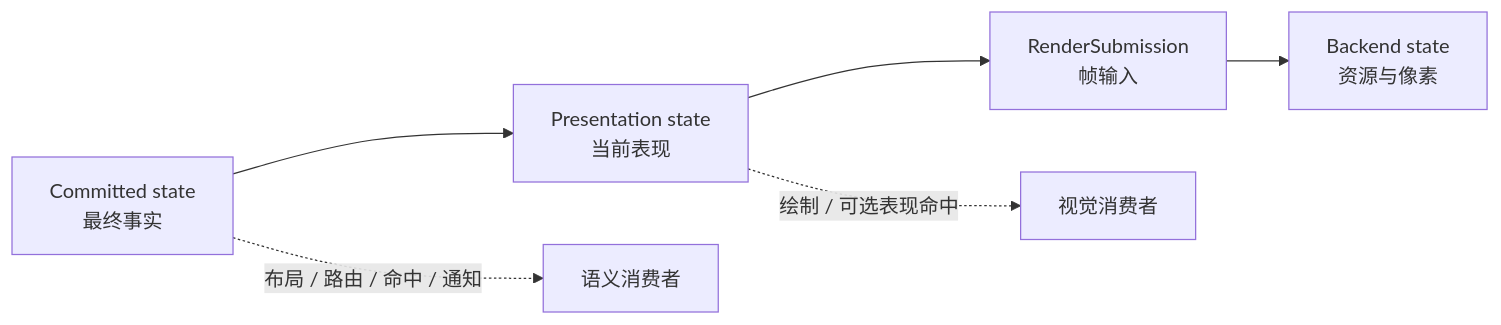
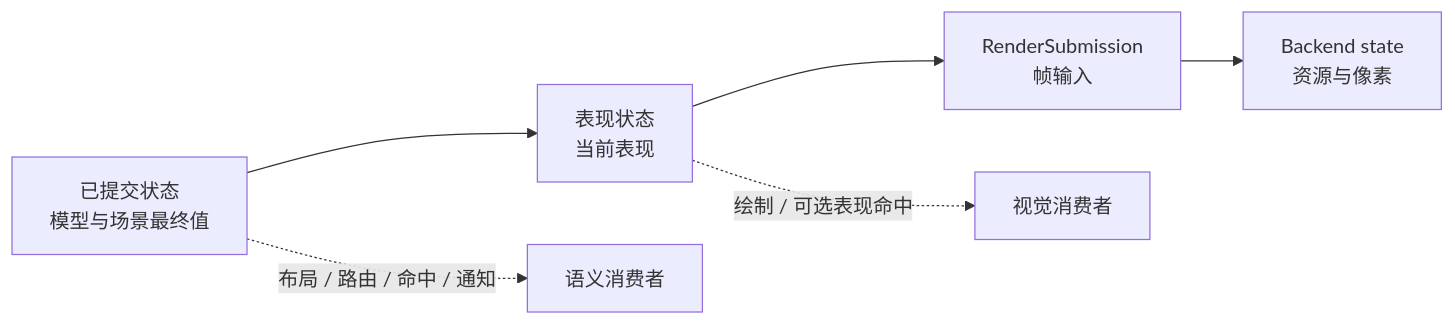
Before and after one commit to yezhang/novadraw: the first of 3 diagrams in engine/wasm_rust/novadraw/book/internals/src/08-animation-and-presentation.md, drawn with Mermaid. The commit also changed other lines of this file and 26 other files, not shown here.

````diff
--- a/engine/wasm_rust/novadraw/book/internals/src/08-animation-and-presentation.md
+++ b/engine/wasm_rust/novadraw/book/internals/src/08-animation-and-presentation.md
@@ -33,9 +33,9 @@
 ```mermaid
 flowchart LR
-    Source[Committed state<br/>最终事实] --> Presentation[Presentation state<br/>当前表现]
+    Source[已提交状态<br/>模型与场景最终值] --> Presentation[表现状态<br/>当前表现]
     Presentation --> Submission[RenderSubmission<br/>帧输入]
     Submission --> Backend[Backend state<br/>资源与像素]
 
     Source -.布局 / 路由 / 命中 / 通知.-> Semantics[语义消费者]
     Presentation -.绘制 / 可选表现命中.-> Visual[视觉消费者]
 ```
````
